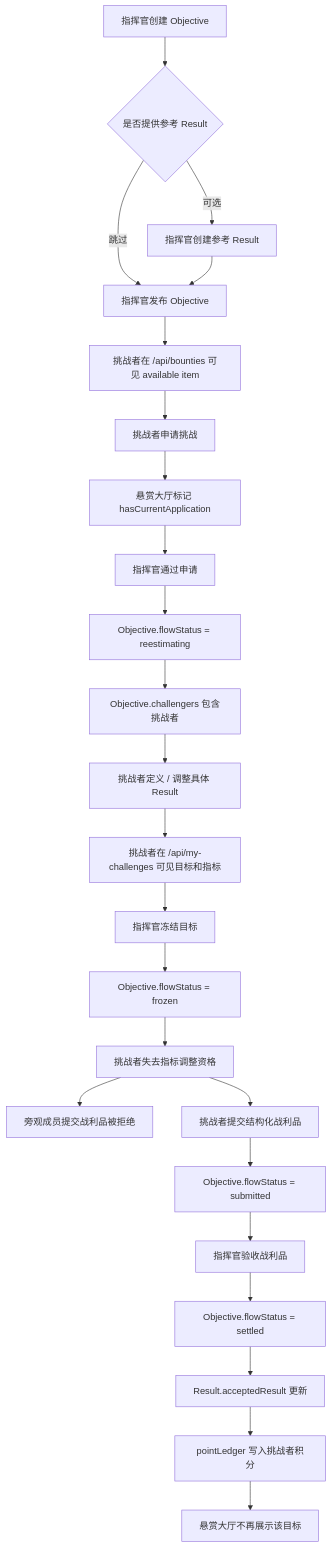
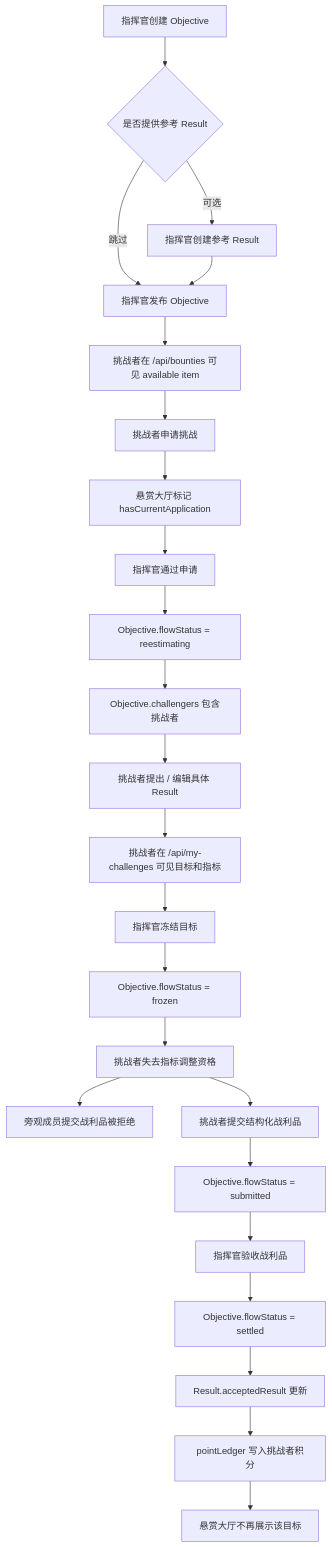
Before and after one commit to xueyu888/ORF: the first of 2 diagrams in docs/backend/ORF 后端流程测试.md, drawn with Mermaid. The commit also changed other lines of this file and 51 other files, not shown here.

First line of the commit message:
feat: align ORF challenge flow

````diff
--- a/docs/backend/ORF 后端流程测试.md
+++ b/docs/backend/ORF 后端流程测试.md
@@ -59,26 +59,26 @@
 ```mermaid
 flowchart TD
   A[指挥官创建 Objective] --> B{是否提供参考 Result}
   B -->|可选| C[指挥官创建参考 Result]
   B -->|跳过| D[指挥官发布 Objective]
   C --> D
   D --> E[挑战者在 /api/bounties 可见 available item]
   E --> F[挑战者申请挑战]
   F --> G[悬赏大厅标记 hasCurrentApplication]
   G --> H[指挥官通过申请]
   H --> I[Objective.flowStatus = reestimating]
   I --> J[Objective.challengers 包含挑战者]
-  J --> K[挑战者定义 / 调整具体 Result]
+  J --> K[挑战者提出 / 编辑具体 Result]
   K --> L[挑战者在 /api/my-challenges 可见目标和指标]
   L --> M[指挥官冻结目标]
   M --> N[Objective.flowStatus = frozen]
   N --> O[挑战者失去指标调整资格]
   O --> P[旁观成员提交战利品被拒绝]
   O --> Q[挑战者提交结构化战利品]
   Q --> R[Objective.flowStatus = submitted]
   R --> S[指挥官验收战利品]
   S --> T[Objective.flowStatus = settled]
   T --> U[Result.acceptedResult 更新]
   U --> V[pointLedger 写入挑战者积分]
   V --> W[悬赏大厅不再展示该目标]
 ```
````
